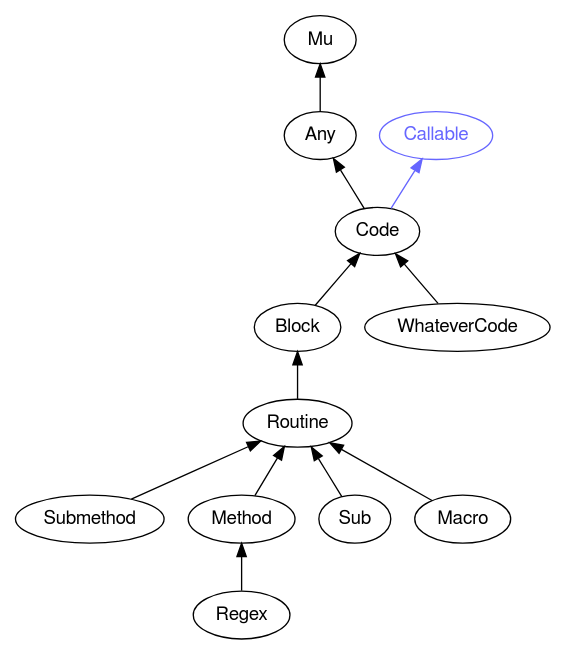
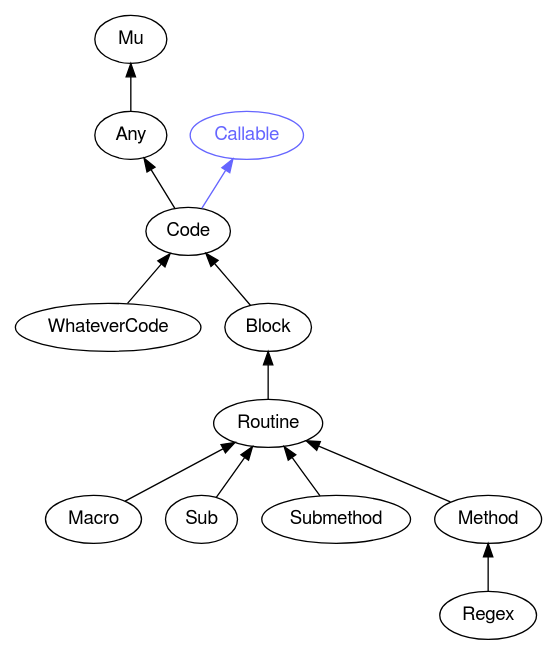
The diagram in images/type-graph-Code.svg.dot (perl6docs/perl6docs.github.io), drawn with Graphviz before and after one commit. The commit also changed other lines of this file and 4371 other files, not shown here.

```diff
--- a/images/type-graph-Code.svg.dot
+++ b/images/type-graph-Code.svg.dot
@@ -1,33 +1,33 @@
 digraph "perl6-type-graph" {
     rankdir=BT;
     splines=polyline;
     overlap=false; 
     // Types
     "Code" [color="#000000", fontcolor="#000000", href="/type/Code", fontname="FreeSans"];
     "Mu" [color="#000000", fontcolor="#000000", href="/type/Mu", fontname="FreeSans"];
     "Any" [color="#000000", fontcolor="#000000", href="/type/Any", fontname="FreeSans"];
     "Callable" [color="#6666FF", fontcolor="#6666FF", href="/type/Callable", fontname="FreeSans"];
+    "WhateverCode" [color="#000000", fontcolor="#000000", href="/type/WhateverCode", fontname="FreeSans"];
     "Block" [color="#000000", fontcolor="#000000", href="/type/Block", fontname="FreeSans"];
-    "WhateverCode" [color="#000000", fontcolor="#000000", href="/type/WhateverCode", fontname="FreeSans"];
     "Routine" [color="#000000", fontcolor="#000000", href="/type/Routine", fontname="FreeSans"];
+    "Macro" [color="#000000", fontcolor="#000000", href="/type/Macro", fontname="FreeSans"];
+    "Sub" [color="#000000", fontcolor="#000000", href="/type/Sub", fontname="FreeSans"];
     "Submethod" [color="#000000", fontcolor="#000000", href="/type/Submethod", fontname="FreeSans"];
     "Method" [color="#000000", fontcolor="#000000", href="/type/Method", fontname="FreeSans"];
-    "Sub" [color="#000000", fontcolor="#000000", href="/type/Sub", fontname="FreeSans"];
-    "Macro" [color="#000000", fontcolor="#000000", href="/type/Macro", fontname="FreeSans"];
     "Regex" [color="#000000", fontcolor="#000000", href="/type/Regex", fontname="FreeSans"];
 
     // Superclasses
     "Code" -> "Any" [color="#000000"];
     "Any" -> "Mu" [color="#000000"];
+    "WhateverCode" -> "Code" [color="#000000"];
     "Block" -> "Code" [color="#000000"];
-    "WhateverCode" -> "Code" [color="#000000"];
     "Routine" -> "Block" [color="#000000"];
+    "Macro" -> "Routine" [color="#000000"];
+    "Sub" -> "Routine" [color="#000000"];
     "Submethod" -> "Routine" [color="#000000"];
     "Method" -> "Routine" [color="#000000"];
-    "Sub" -> "Routine" [color="#000000"];
-    "Macro" -> "Routine" [color="#000000"];
     "Regex" -> "Method" [color="#000000"];
 
     // Roles
     "Code" -> "Callable" [color="#6666FF"];
 }
```
